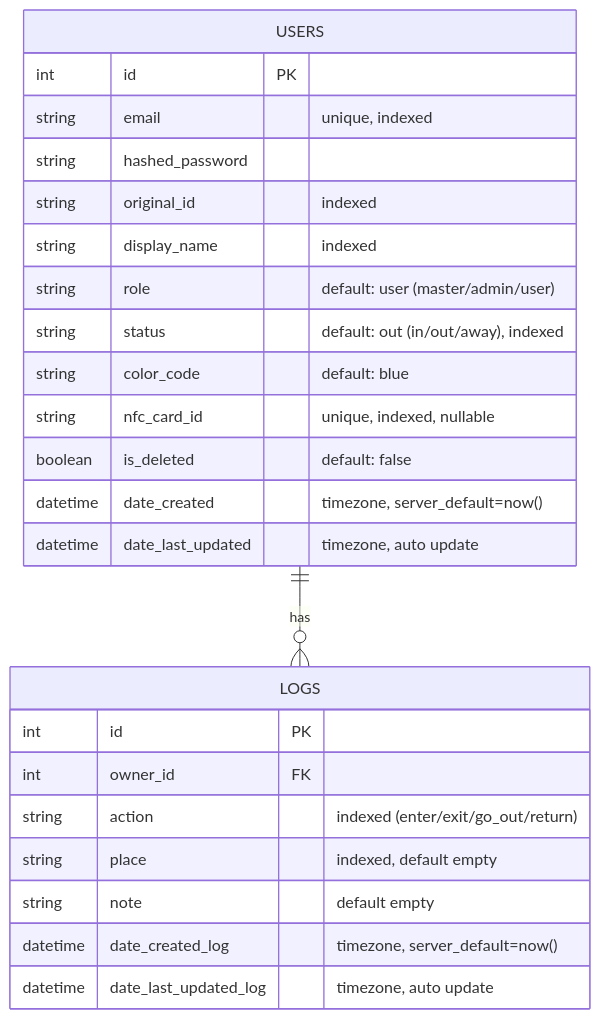
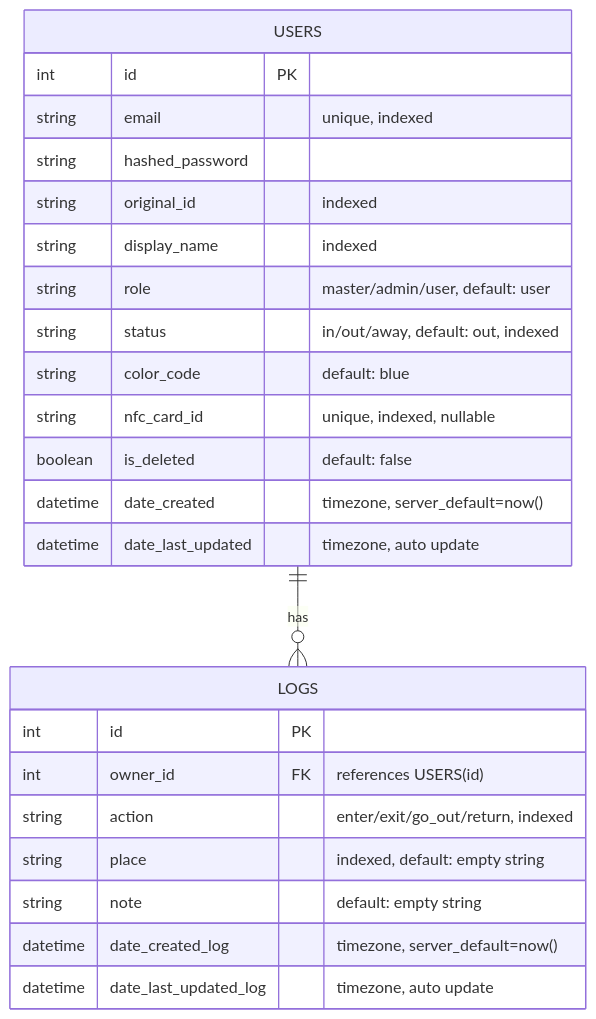
One commit to Kota-James/Imasu changed the diagram in README.md. Above: the diagram before and after it, drawn with Mermaid. The commit also changed other lines of this file and 1 other file, not shown here.

````diff
--- a/README.md
+++ b/README.md
@@ -69,33 +69,33 @@
 ```mermaid
 erDiagram
     USERS ||--o{ LOGS : has
 
     USERS {
         int id PK
         string email "unique, indexed"
         string hashed_password
         string original_id "indexed"
         string display_name "indexed"
 
-        string role "default: user (master/admin/user)"
-        string status "default: out (in/out/away), indexed"
+        string role "master/admin/user, default: user"
+        string status "in/out/away, default: out, indexed"
         string color_code "default: blue"
         string nfc_card_id "unique, indexed, nullable"
         boolean is_deleted "default: false"
 
         datetime date_created "timezone, server_default=now()"
         datetime date_last_updated "timezone, auto update"
     }
 
     LOGS {
         int id PK
-        int owner_id FK
+        int owner_id FK "references USERS(id)"
 
-        string action "indexed (enter/exit/go_out/return)"
-        string place "indexed, default empty"
-        string note "default empty"
+        string action "enter/exit/go_out/return, indexed"
+        string place "indexed, default: empty string"
+        string note "default: empty string"
 
         datetime date_created_log "timezone, server_default=now()"
         datetime date_last_updated_log "timezone, auto update"
     }
 ```
````
